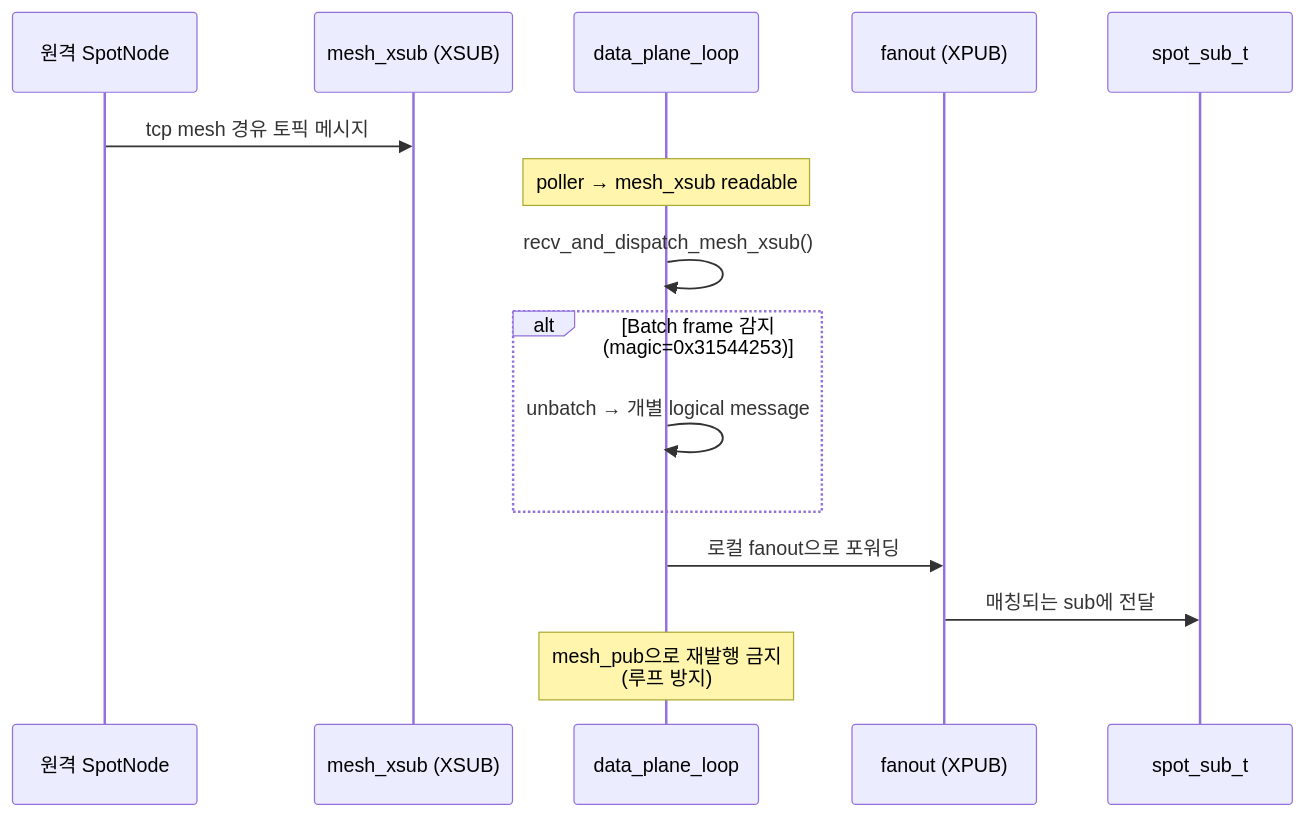
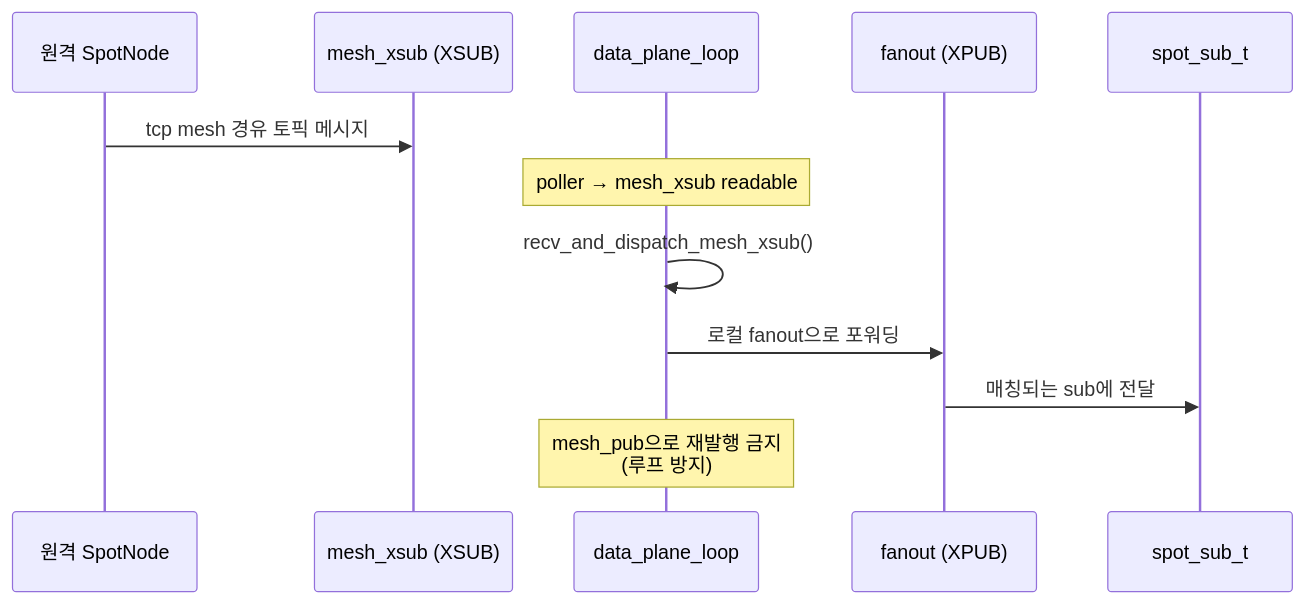
Before and after one commit to kairos-code-dev/zlink: the seventh of 14 diagrams in doc/internals/spot-internals.ko.md, drawn with Mermaid. The commit also changed other lines of this file and 624 other files, not shown here.

````diff
--- a/doc/internals/spot-internals.ko.md
+++ b/doc/internals/spot-internals.ko.md
@@ -214,18 +208,15 @@
 ```mermaid
 sequenceDiagram
     participant Remote as 원격 SpotNode
     participant MeshXSub as mesh_xsub (XSUB)
     participant DP as data_plane_loop
     participant Fanout as fanout (XPUB)
     participant Sub as spot_sub_t
 
     Remote->>MeshXSub: tcp mesh 경유 토픽 메시지
     Note over DP: poller → mesh_xsub readable
     DP->>DP: recv_and_dispatch_mesh_xsub()
-    alt Batch frame 감지 (magic=0x31544253)
-        DP->>DP: unbatch → 개별 logical message
-    end
     DP->>Fanout: 로컬 fanout으로 포워딩
     Fanout->>Sub: 매칭되는 sub에 전달
     Note over DP: mesh_pub으로 재발행 금지<br/>(루프 방지)
 ```
````
